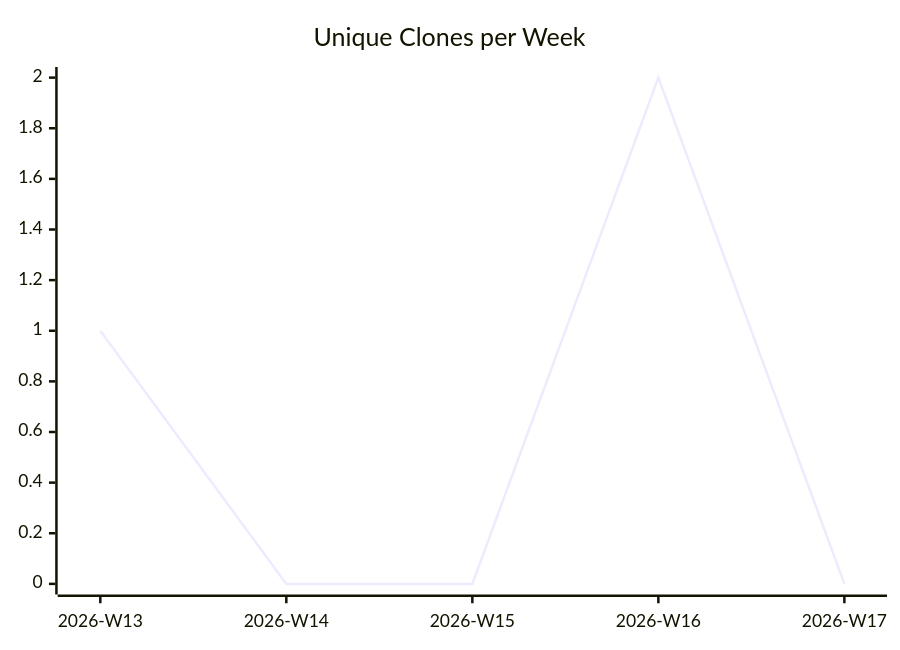
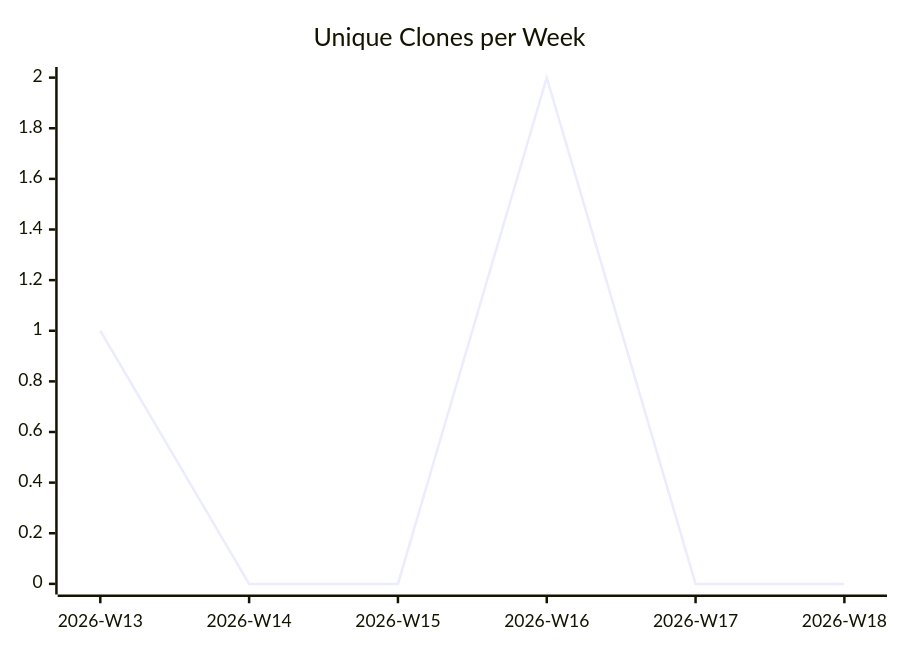
The third of 3 diagrams in karlmdavis/datanucleus-test-jdo-1-to-n/README.md (justdavis-family/github-analytics-data), drawn with Mermaid before and after one commit. The commit also changed other lines of this file and 184 other files, not shown here.

````diff
--- a/karlmdavis/datanucleus-test-jdo-1-to-n/README.md
+++ b/karlmdavis/datanucleus-test-jdo-1-to-n/README.md
@@ -19,6 +19,6 @@
 ```mermaid
 xychart-beta
   title "Unique Clones per Week"
-  x-axis ["2026-W13", "2026-W14", "2026-W15", "2026-W16", "2026-W17"]
-  line [1, 0, 0, 2, 0]
+  x-axis ["2026-W13", "2026-W14", "2026-W15", "2026-W16", "2026-W17", "2026-W18"]
+  line [1, 0, 0, 2, 0, 0]
 ```
````
